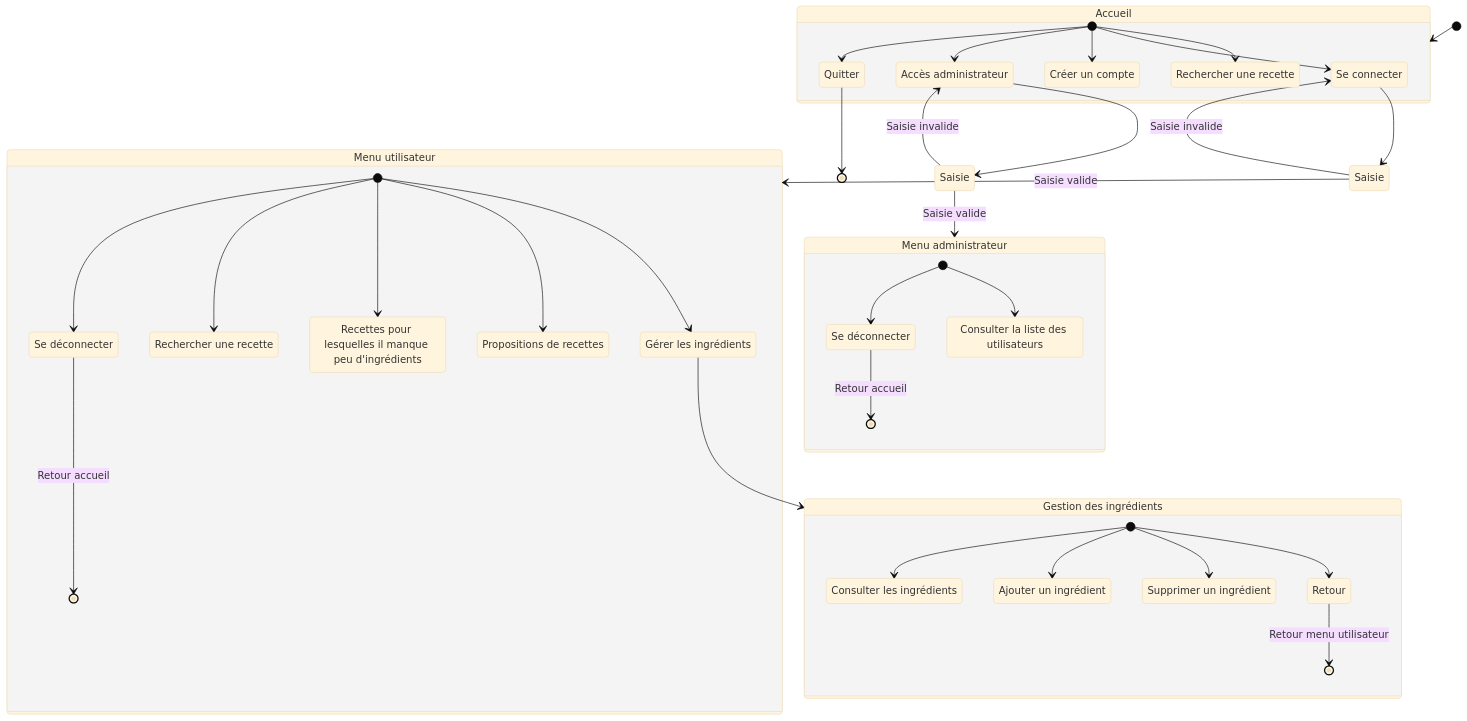
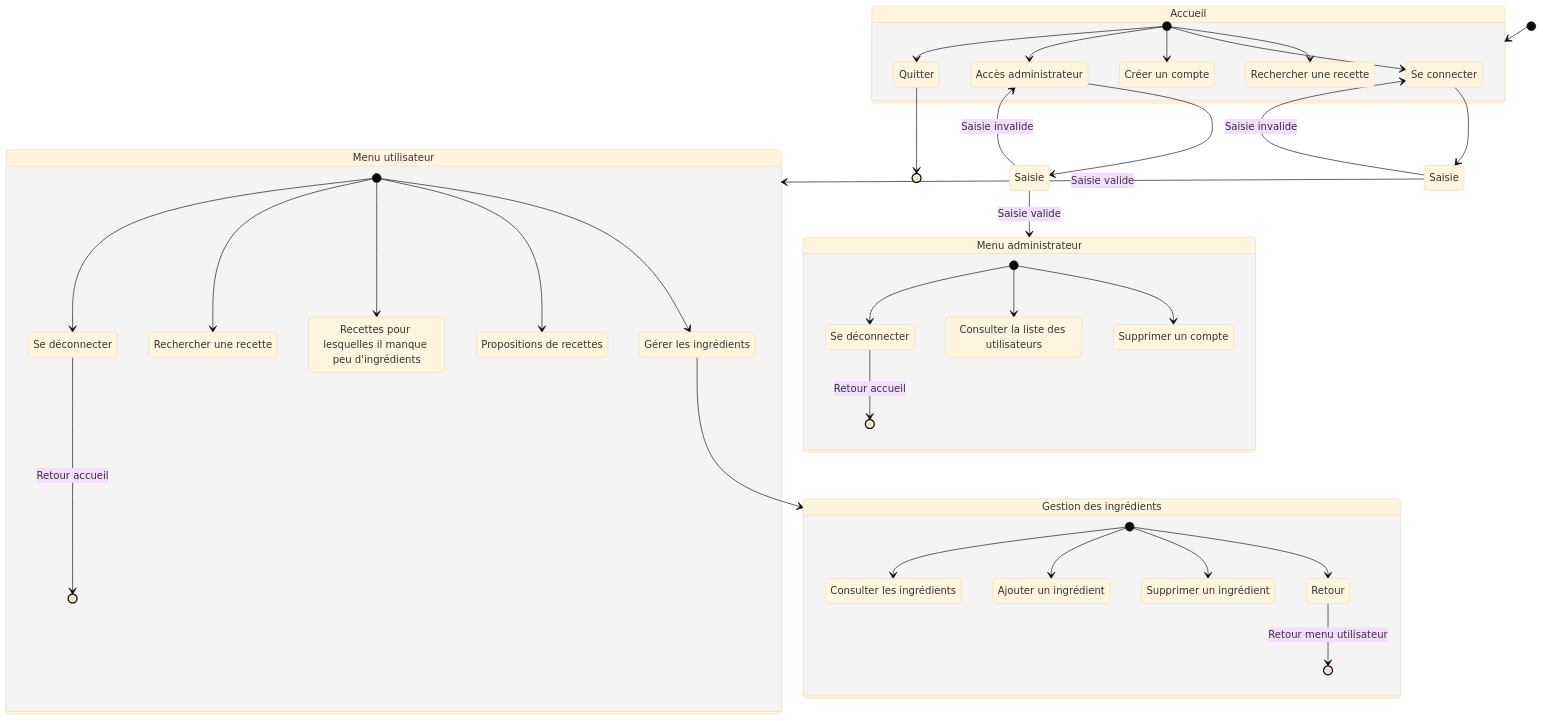
One commit to bbrunel/ENSAI-2A-projet-info changed the second of 9 diagrams in doc/diag_activites.md. Above: the diagram before and after it, drawn with Mermaid (base theme). The commit also changed other lines of this file, not shown here.

````diff
--- a/doc/diag_activites.md
+++ b/doc/diag_activites.md
@@ -88,68 +88,70 @@
 ```mermaid
 stateDiagram
     login : Se connecter
     menu_utilisateur : Menu utilisateur
     menu_ingr : Gestion des ingrédients
     logon : Créer un compte
     gerer_ingr : Gérer les ingrédients
     Consulter_les_ingrédients : Consulter les ingrédients
     Ajouter_un_ingrédient : Ajouter un ingrédient
     Supprimer_un_ingrédient : Supprimer un ingrédient
     recettes : Propositions de recettes
     rec_ingr_manquant : Recettes pour lesquelles il manque peu d'ingrédients
     logout : Se déconnecter
     admin : Accès administrateur
     admin_out : Se déconnecter
     list_utilisateurs : Consulter la liste des utilisateurs
     menu_admin : Menu administrateur
     Saisie_a : Saisie
     Saisie_u : Saisie
     Rechercher_a : Rechercher une recette
     Rechercher_u : Rechercher une recette
+    Supp : Supprimer un compte
     
     [*] --> Accueil
 
     state Accueil {
       [*] --> Rechercher_a
       [*] --> login
       [*] --> logon
       [*] --> admin
       [*] --> Quitter
     }
 
     login --> Saisie_u
     Saisie_u --> menu_utilisateur: Saisie valide
     Saisie_u --> login: Saisie invalide
 
     admin --> Saisie_a
     Saisie_a --> menu_admin: Saisie valide
     Saisie_a --> admin: Saisie invalide
 
     Quitter --> [*]
 
     state menu_admin {
       [*] --> list_utilisateurs
+      [*] --> Supp
       [*] --> admin_out
       admin_out --> [*]: Retour accueil
     }
     
     state menu_utilisateur {
     	[*] --> gerer_ingr
       [*] --> recettes
       [*] --> rec_ingr_manquant
       [*] --> Rechercher_u
     	[*] --> logout
       logout --> [*]:Retour accueil
     }
 
     gerer_ingr --> menu_ingr
 
     state menu_ingr {
       [*] --> Consulter_les_ingrédients
       [*] --> Ajouter_un_ingrédient
       [*] --> Supprimer_un_ingrédient
       [*] --> Retour
       Retour --> [*]: Retour menu utilisateur
         
     }
 ```
````
